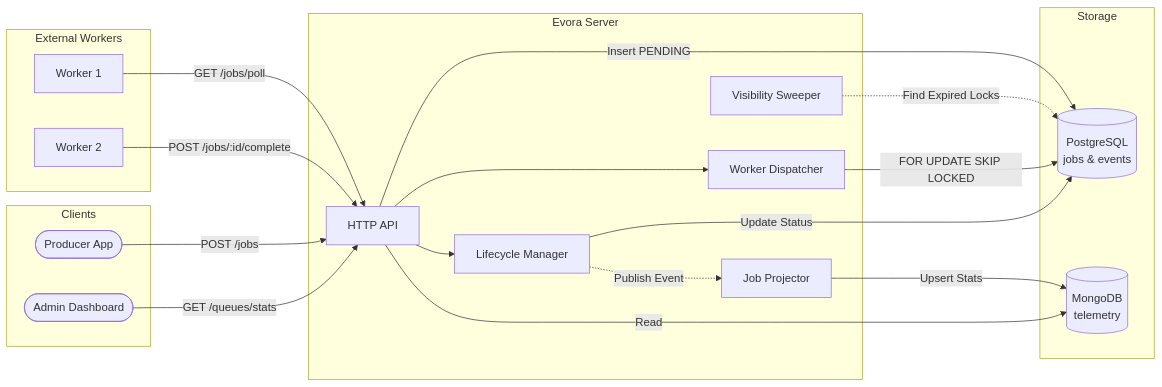
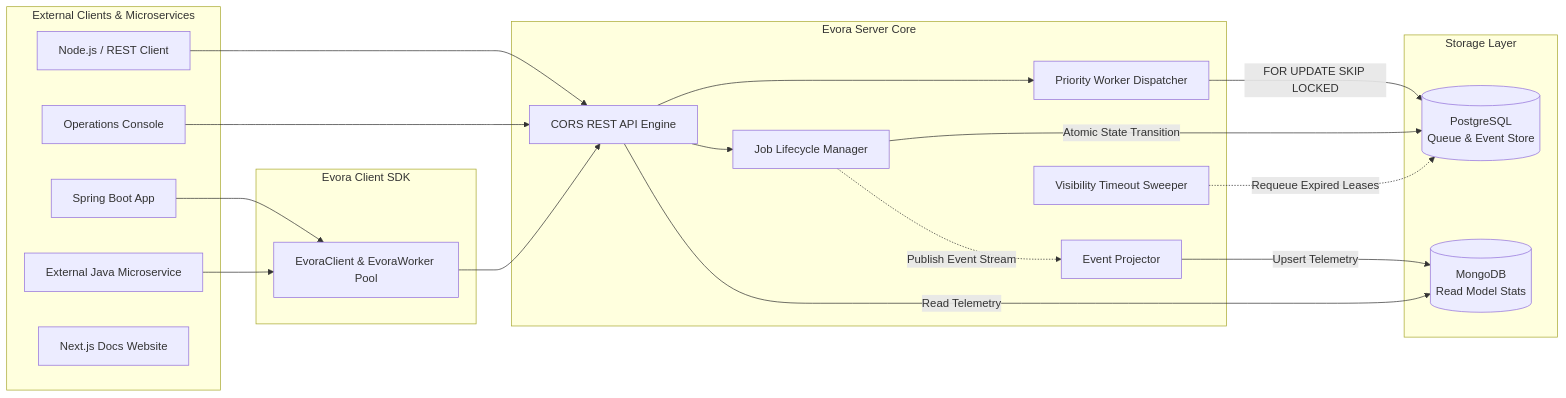
One commit to jhanvi857/Evora changed the first of 2 diagrams in README.md. Above: the diagram before and after it, drawn with Mermaid. The commit also changed other lines of this file and 25 other files, not shown here.

````diff
--- a/README.md
+++ b/README.md
@@ -7,47 +28,44 @@
 ```mermaid
 graph LR
-    subgraph Clients
-        App([Producer App])
-        Dash([Admin Dashboard])
+    subgraph External Clients & Microservices
+        App1[Spring Boot App]
+        App2[External Java Microservice]
+        App3[Node.js / REST Client]
+        Dash[Operations Console]
+        Docs[Next.js Docs Website]
     end
 
-    subgraph Evora Server
-        API[HTTP API]
-        Dispatcher[Worker Dispatcher]
-        Lifecycle[Lifecycle Manager]
-        Sweeper[Visibility Sweeper]
-        Projector[Job Projector]
+    subgraph Evora Client SDK
+        SDK[EvoraClient & EvoraWorker Pool]
     end
 
-    subgraph Storage
-        PG[(PostgreSQL<br>jobs & events)]
-        Mongo[(MongoDB<br>telemetry)]
+    subgraph Evora Server Core
+        API[CORS REST API Engine]
+        Dispatcher[Priority Worker Dispatcher]
+        Lifecycle[Job Lifecycle Manager]
+        Sweeper[Visibility Timeout Sweeper]
+        Projector[Event Projector]
     end
 
-    subgraph External Workers
-        W1[Worker 1]
-        W2[Worker 2]
+    subgraph Storage Layer
+        PG[(PostgreSQL<br>Queue & Event Store)]
+        Mongo[(MongoDB<br>Read Model Stats)]
     end
 
-    %% Producer Flow
-    App -->|POST /jobs| API
-    API -->|Insert PENDING| PG
+    App1 --> SDK
+    App2 --> SDK
+    App3 --> API
+    Dash --> API
+    SDK --> API
 
-    %% Worker Flow
-    W1 -->|GET /jobs/poll| API
-    W2 -->|POST /jobs/:id/complete| API
     API --> Dispatcher
     API --> Lifecycle
     
     Dispatcher -->|FOR UPDATE SKIP LOCKED| PG
-    Lifecycle -->|Update Status| PG
+    Lifecycle -->|Atomic State Transition| PG
+    Sweeper -.->|Requeue Expired Leases| PG
 
-    %% Background Tasks
-    Sweeper -.->|Find Expired Locks| PG
-    
-    %% Telemetry
-    Lifecycle -.->|Publish Event| Projector
-    Projector -->|Upsert Stats| Mongo
-    Dash -->|GET /queues/stats| API
-    API -->|Read| Mongo
+    Lifecycle -.->|Publish Event Stream| Projector
+    Projector -->|Upsert Telemetry| Mongo
+    API -->|Read Telemetry| Mongo
 ```
````
